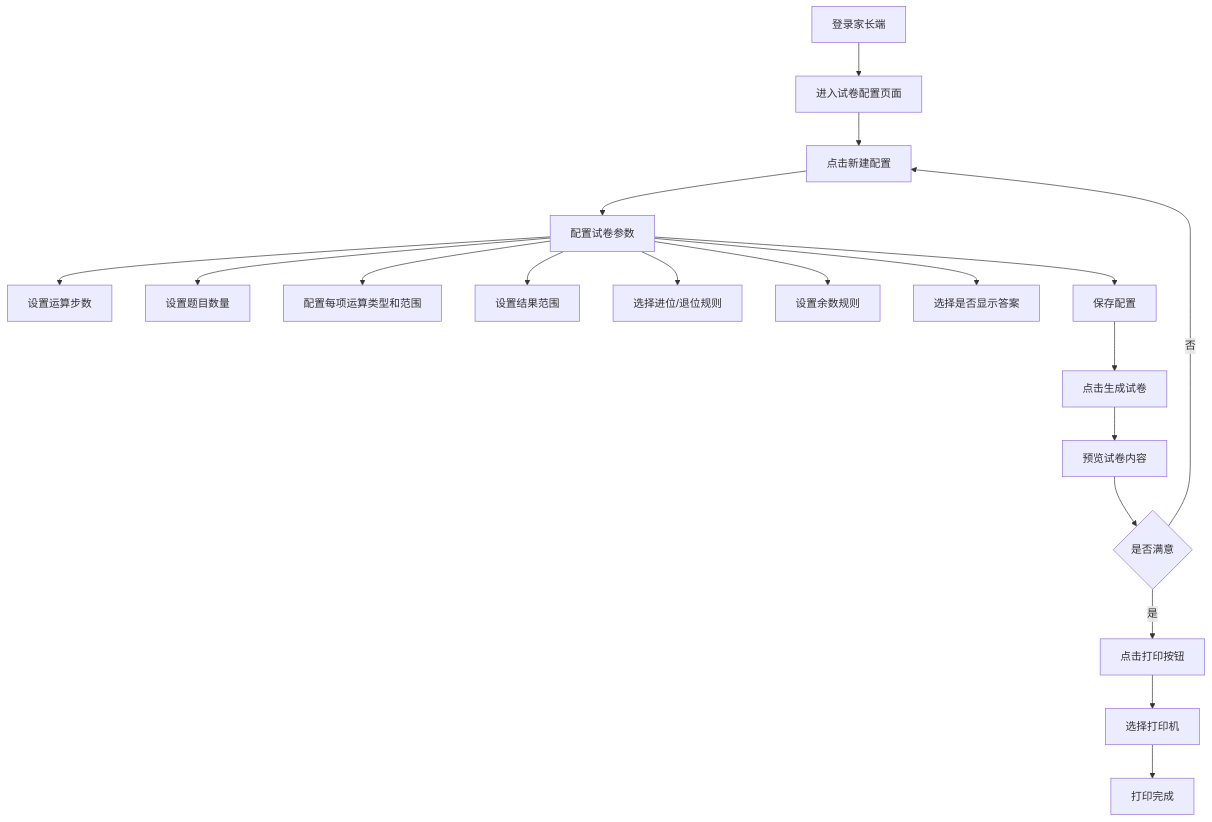
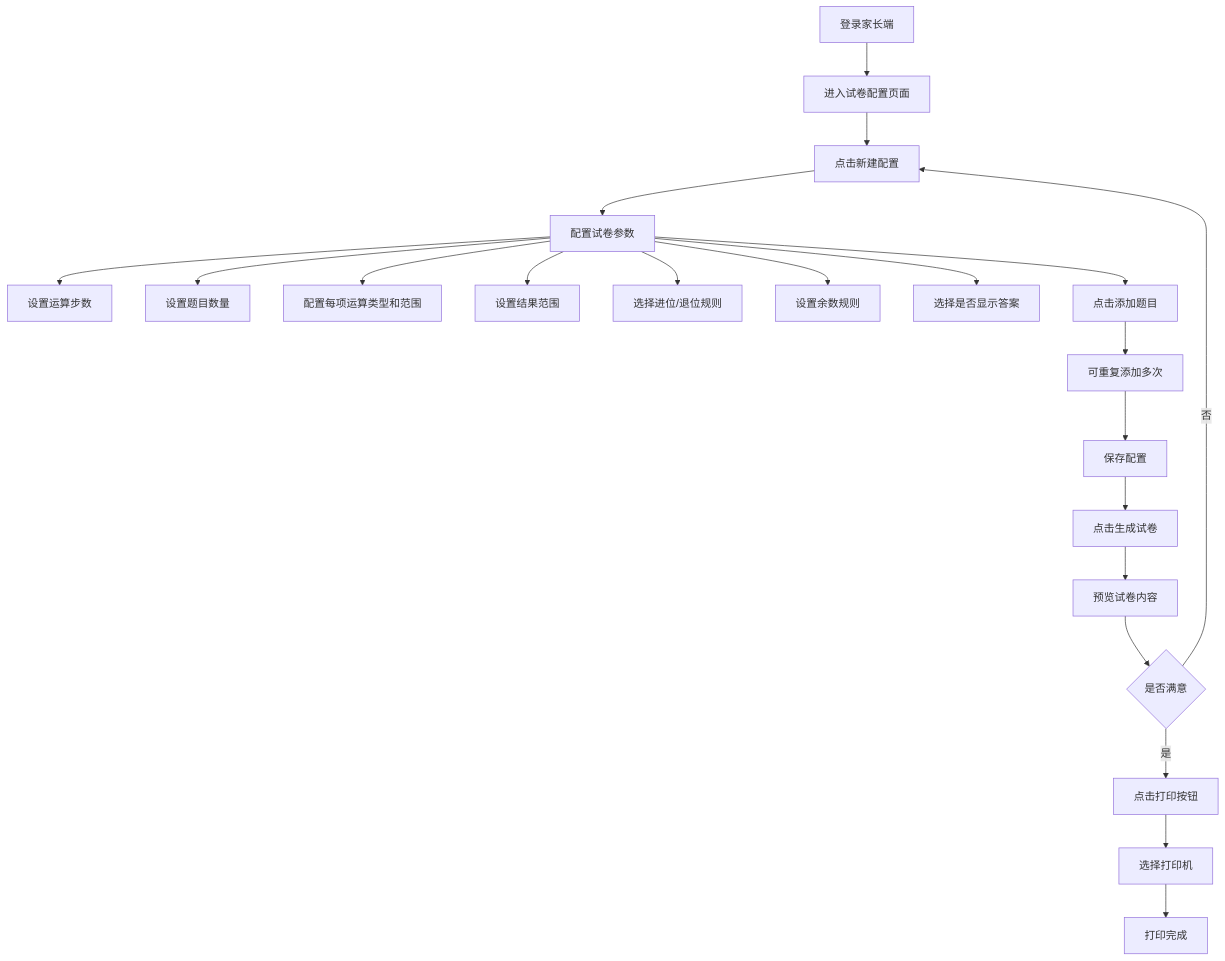
Before and after one commit to bk4ice/KidsMathQuest: the fourth of 9 diagrams in README.md, drawn with Mermaid. The commit also changed other lines of this file and 6 other files, not shown here.

````diff
--- a/README.md
+++ b/README.md
@@ -476,21 +476,23 @@
 ```mermaid
 flowchart TD
     A[登录家长端] --> B[进入试卷配置页面]
     B --> C[点击新建配置]
     C --> D[配置试卷参数]
     D --> D1[设置运算步数]
     D --> D2[设置题目数量]
     D --> D3[配置每项运算类型和范围]
     D --> D4[设置结果范围]
     D --> D5[选择进位/退位规则]
     D --> D6[设置余数规则]
     D --> D7[选择是否显示答案]
-    D --> E[保存配置]
-    E --> F[点击生成试卷]
-    F --> G[预览试卷内容]
-    G --> H{是否满意}
-    H -->|否| C
-    H -->|是| I[点击打印按钮]
-    I --> J[选择打印机]
-    J --> K[打印完成]
+    D --> E[点击添加题目]
+    E --> F[可重复添加多次]
+    F --> G[保存配置]
+    G --> H[点击生成试卷]
+    H --> I[预览试卷内容]
+    I --> J{是否满意}
+    J -->|否| C
+    J -->|是| K[点击打印按钮]
+    K --> L[选择打印机]
+    L --> M[打印完成]
 ```
````
